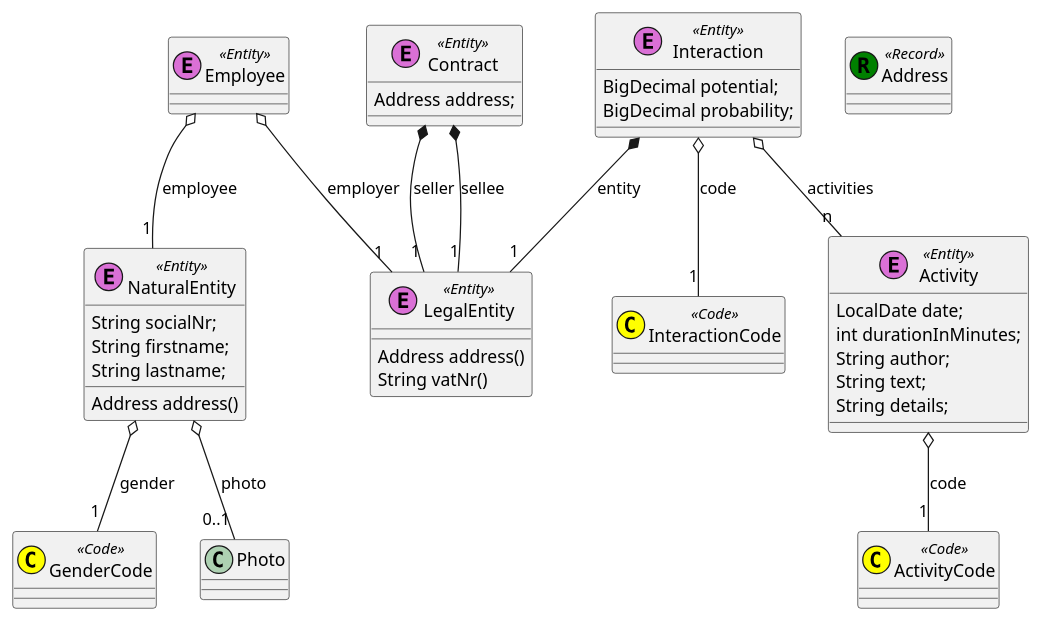
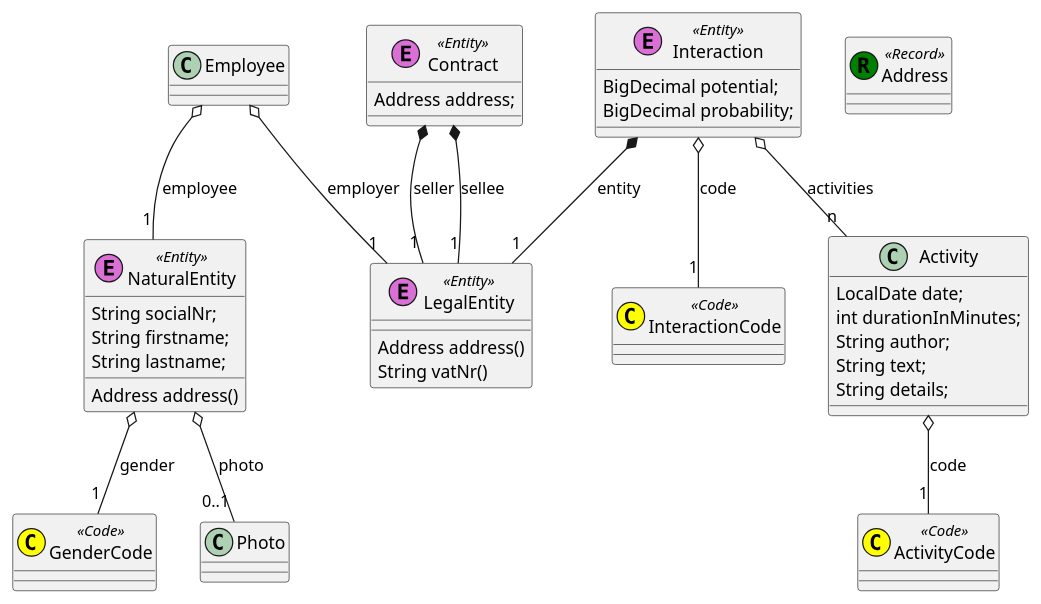
One commit to tangly-team/tangly-os changed the diagram in net.tangly.erp.crm/src/site/models.adoc. Above: the diagram before and after it, drawn with PlantUML. The commit also changed 62 other files, not shown here.

```diff
--- a/net.tangly.erp.crm/src/site/models.adoc
+++ b/net.tangly.erp.crm/src/site/models.adoc
@@ -79,57 +79,57 @@
 [plantuml,crm-model-uml,svg]
 ....
 @startuml
 
 class GenderCode <<(C, yellow) Code>> {}
 class ActivityCode <<(C, yellow) Code>> {}
 class InteractionCode <<(C, yellow) Code>> {}
 
 class Address <<(R, green) Record>> {}
 
 class LegalEntity  <<(E,orchid) Entity>> {
     Address address()
     String vatNr()
 }
 
 class NaturalEntity <<(E,orchid) Entity>> {
     String socialNr;
     String firstname;
     String lastname;
     Address address()
 }
 NaturalEntity o-- "0..1" Photo : photo
 NaturalEntity o-- "1" GenderCode : gender
 
-class Employee <<(E,orchid) Entity>> {
+class Employee {
 }
 
 Employee o-- "1" NaturalEntity : employee
 Employee o-- "1" LegalEntity : employer
 
-class Activity <<(E,orchid) Entity>> {
+class Activity {
     LocalDate date;
     int durationInMinutes;
     String author;
     String text;
     String details;
 }
 Activity o-- "1" ActivityCode : code
 
 
 class Interaction <<(E,orchid) Entity>> {
     BigDecimal potential;
     BigDecimal probability;
 }
 Interaction *-- "1" LegalEntity : entity
 Interaction o-- "n" Activity : activities
 Interaction o-- "1" InteractionCode : code
 
 class Contract <<(E,orchid) Entity>> {
   Address address;
 }
 
 Contract *-- "1" LegalEntity : seller
 Contract *-- "1" LegalEntity : sellee
 
 @enduml
 ....
```
